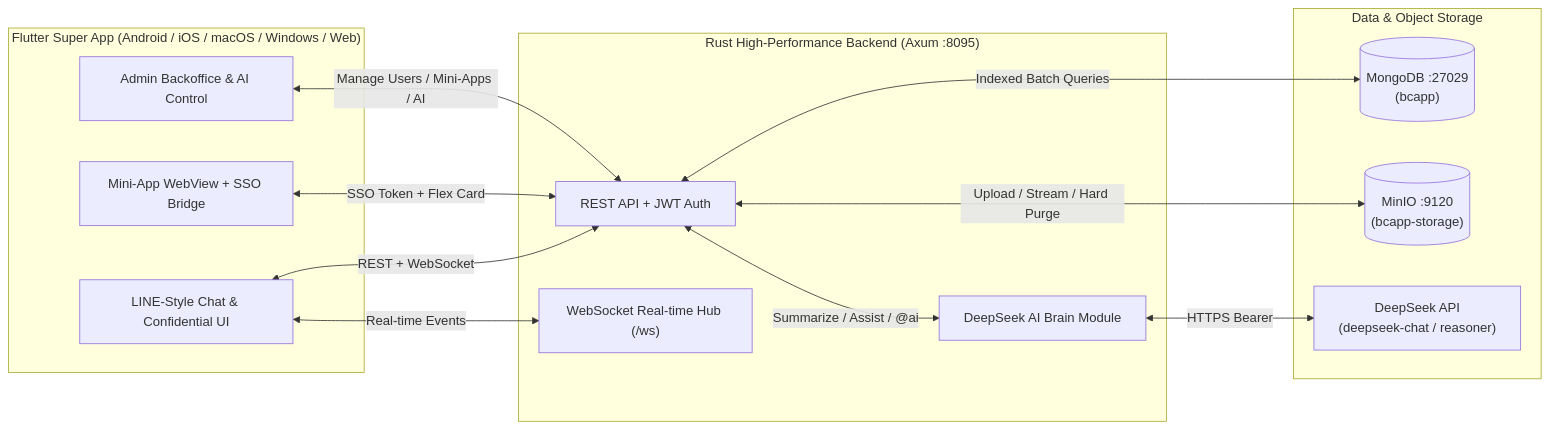
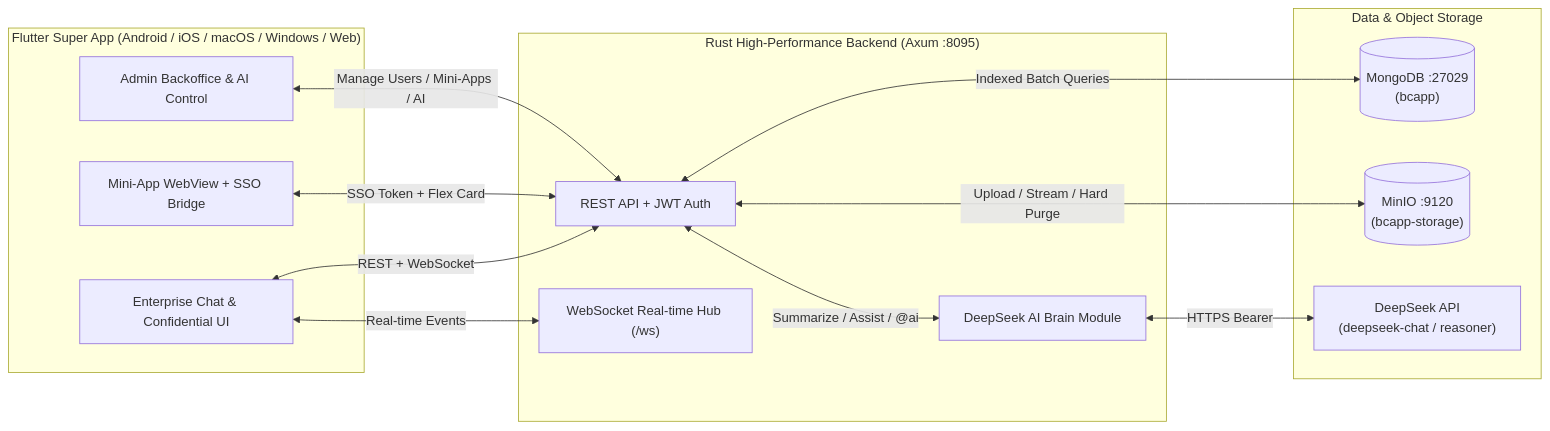
Before and after one commit to jaturapornchai/bcsuperapp: the diagram in README.md, drawn with Mermaid. The commit also changed other lines of this file and 24 other files, not shown here.

````diff
--- a/README.md
+++ b/README.md
@@ -69,29 +75,29 @@
 ```mermaid
 flowchart LR
     subgraph Client["Flutter Super App (Android / iOS / macOS / Windows / Web)"]
-        UI["LINE-Style Chat & Confidential UI"]
+        UI["Enterprise Chat & Confidential UI"]
         WV["Mini-App WebView + SSO Bridge"]
         ADM["Admin Backoffice & AI Control"]
     end
 
     subgraph Backend["Rust High-Performance Backend (Axum :8095)"]
         REST["REST API + JWT Auth"]
         WS["WebSocket Real-time Hub (/ws)"]
         AI["DeepSeek AI Brain Module"]
     end
 
     subgraph Storage["Data & Object Storage"]
         MONGO[("MongoDB :27029\n(bcapp)")]
         MINIO[("MinIO :9120\n(bcapp-storage)")]
         DS["DeepSeek API\n(deepseek-chat / reasoner)"]
     end
 
     UI <-->|REST + WebSocket| REST
     UI <-->|Real-time Events| WS
     WV <-->|SSO Token + Flex Card| REST
     ADM <-->|Manage Users / Mini-Apps / AI| REST
     REST <-->|Indexed Batch Queries| MONGO
     REST <-->|Upload / Stream / Hard Purge| MINIO
     REST <-->|Summarize / Assist / @ai| AI
     AI <-->|HTTPS Bearer| DS
 ```
````
